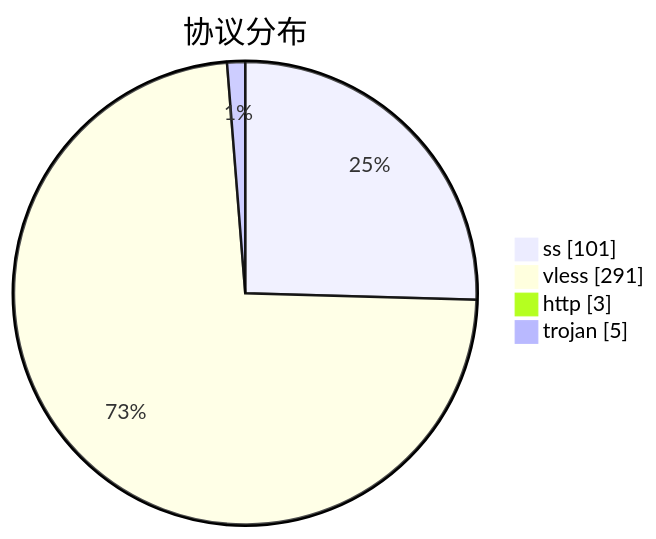
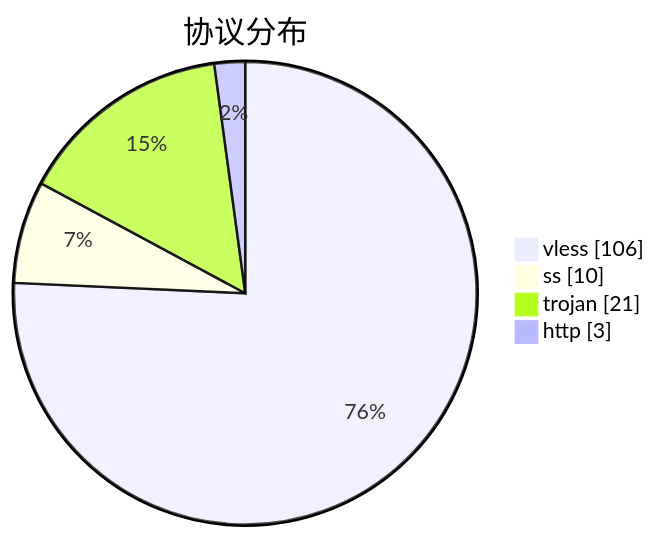
The third of 3 diagrams in subs/statistics/tested_within.md (qjlxg/airport), drawn with Mermaid before and after one commit. The commit also changed other lines of this file and 2 other files, not shown here.

````diff
--- a/subs/statistics/tested_within.md
+++ b/subs/statistics/tested_within.md
@@ -33,8 +29,8 @@
 ```mermaid
 pie showData
 title 协议分布
-"ss" : 101
-"vless" : 291
+"vless" : 106
+"ss" : 10
+"trojan" : 21
 "http" : 3
-"trojan" : 5
 ```
````
